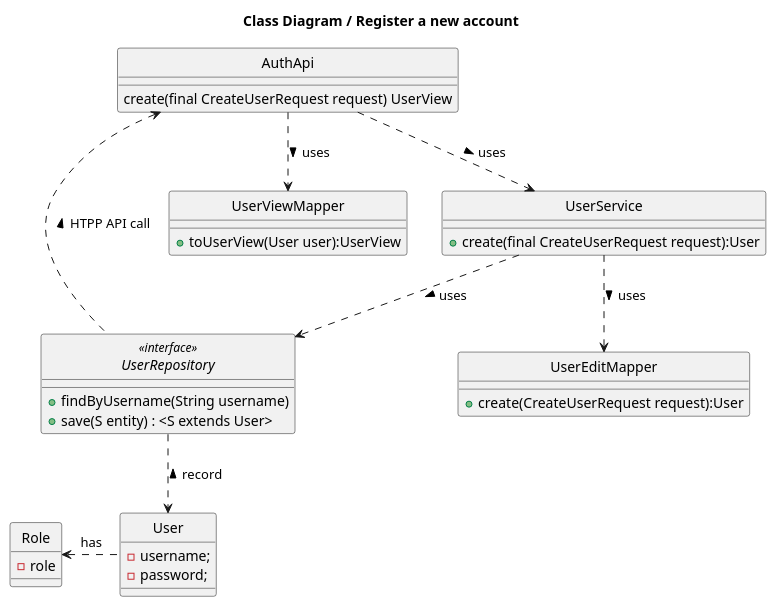
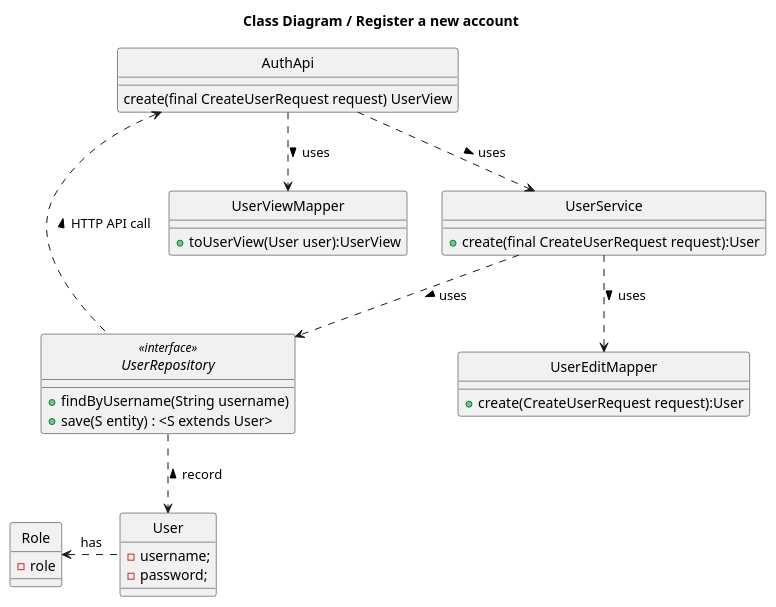
One commit to IsepMartimOliveira/SIDIS changed the diagram in docs_sidis/Users/US02/CD.puml. Above: the diagram before and after it, drawn with PlantUML. The commit also changed 20 other files, not shown here.

```diff
--- a/docs_sidis/Users/US02/CD.puml
+++ b/docs_sidis/Users/US02/CD.puml
@@ -1,48 +1,48 @@
 @startuml
 'https://plantuml.com/class-diagram
 hide circle
 class UserRepository <<interface>>
 
 title Class Diagram / Register a new account
 
 
 
 class User{
   - username;
    -password;
 }
 
 class Role{
 -role
 }
 class UserViewMapper{
     +toUserView(User user):UserView
 }
 class AuthApi{
    create(final CreateUserRequest request) UserView
     }
 class UserService{
  +create(final CreateUserRequest request):User
 
 
 }
 class UserEditMapper{
     +create(CreateUserRequest request):User
 }
 
 interface UserRepository
 {
 +findByUsername(String username)
 +save(S entity) : <S extends User>
 }
 
 
 
 User..left>Role:has
 AuthApi ..> UserService: uses >
 UserService ..> UserRepository: uses >
 UserRepository ..> User: < record
-UserRepository ..left>AuthApi: HTPP API call >
+UserRepository ..left>AuthApi: HTTP API call >
 UserService ..> UserEditMapper: uses >
 AuthApi..>UserViewMapper: uses >
 @enduml
```
